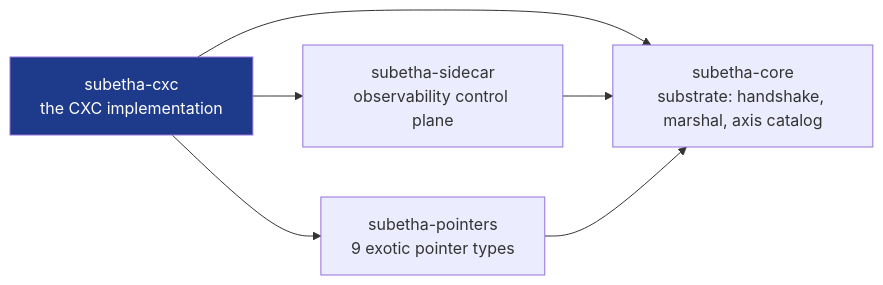
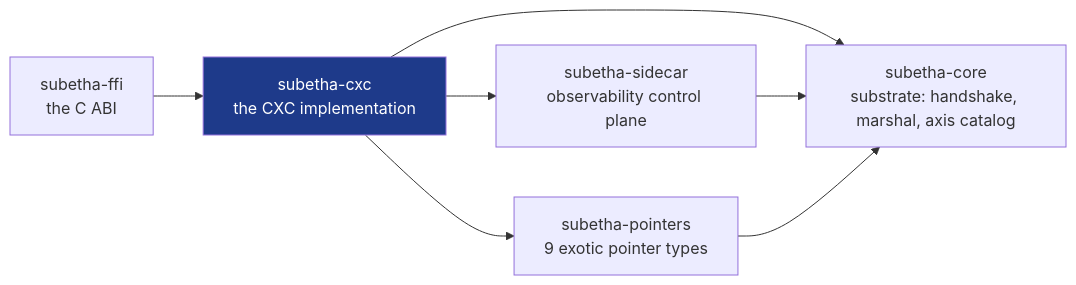
The second of 5 diagrams in README.md (Variably-Constant/SubEtha), drawn with Mermaid before and after one commit. The commit also changed other lines of this file and 620 other files, not shown here.

````diff
--- a/README.md
+++ b/README.md
@@ -169,13 +169,15 @@
 ```mermaid
 graph LR
+    FFI[subetha-ffi<br/>the C ABI]
     CXC[subetha-cxc<br/>the CXC implementation]
     POINTERS[subetha-pointers<br/>9 exotic pointer types]
     SIDECAR[subetha-sidecar<br/>observability control plane]
     CORE[subetha-core<br/>substrate: handshake, marshal, axis catalog]
+    FFI --> CXC
     CXC --> CORE
     CXC --> SIDECAR
     CXC --> POINTERS
     SIDECAR --> CORE
     POINTERS --> CORE
     style CXC fill:#1e3a8a,color:#fff
 ```
````
